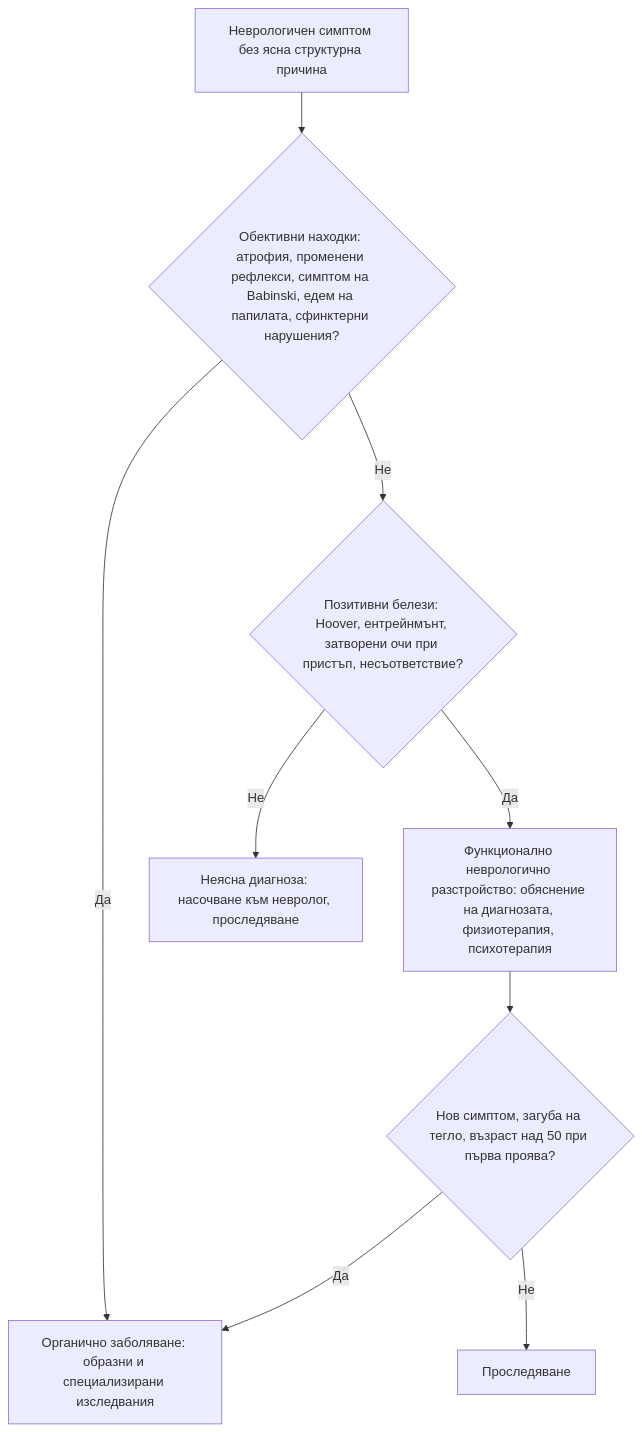
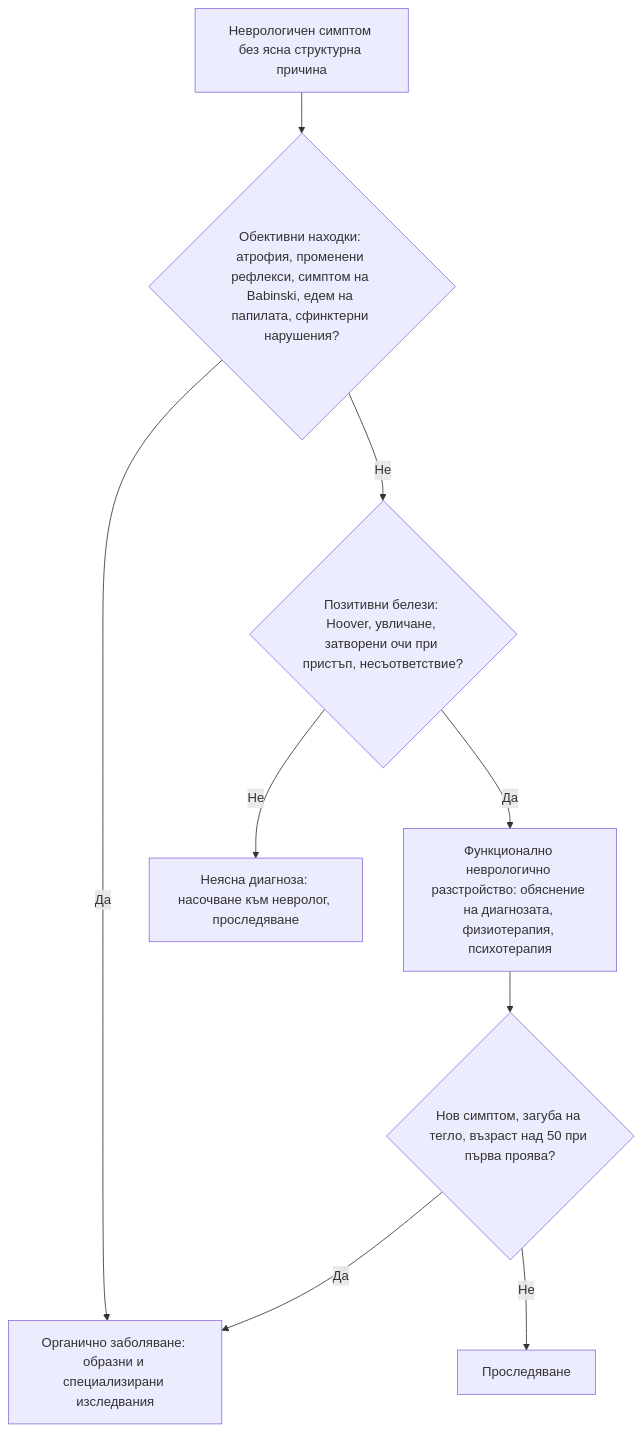
Before and after one commit to yancho26/yancho: the diagram in glavi/76-funktsionalni-veshtestva.md, drawn with Mermaid. The commit also changed other lines of this file and 43 other files, not shown here.

````diff
--- a/glavi/76-funktsionalni-veshtestva.md
+++ b/glavi/76-funktsionalni-veshtestva.md
@@ -192,13 +192,13 @@
 ```mermaid
 flowchart TD
     accTitle: Диагностичен алгоритъм при подозрение за функционален неврологичен симптом
-    accDescr: Блок-схема. Начало: Неврологичен симптом без ясна структурна причина. Въпроси: Обективни находки: атрофия, променени рефлекси, симптом на Babinski, едем на папилата, сфинктерни нарушения? · Позитивни белези: Hoover, ентрейнмънт, затворени очи при пристъп, несъответствие? · Нов симптом, загуба на тегло, възраст над 50 при първа проява? Пълното текстово описание е под схемата.
+    accDescr: Блок-схема. Начало: Неврологичен симптом без ясна структурна причина. Въпроси: Обективни находки: атрофия, променени рефлекси, симптом на Babinski, едем на папилата, сфинктерни нарушения? · Позитивни белези: Hoover, увличане, затворени очи при пристъп, несъответствие? · Нов симптом, загуба на тегло, възраст над 50 при първа проява? Пълното текстово описание е под схемата.
     A["Неврологичен симптом без ясна структурна причина"] --> B{"Обективни находки: атрофия, променени рефлекси, симптом на Babinski, едем на папилата, сфинктерни нарушения?"}
     B -->|Да| C["Органично заболяване: образни и специализирани изследвания"]
-    B -->|Не| D{"Позитивни белези: Hoover, ентрейнмънт, затворени очи при пристъп, несъответствие?"}
+    B -->|Не| D{"Позитивни белези: Hoover, увличане, затворени очи при пристъп, несъответствие?"}
     D -->|Да| E["Функционално неврологично разстройство: обяснение на диагнозата, физиотерапия, психотерапия"]
     D -->|Не| F["Неясна диагноза: насочване към невролог, проследяване"]
     E --> G{"Нов симптом, загуба на тегло, възраст над 50 при първа проява?"}
     G -->|Да| C
     G -->|Не| H["Проследяване"]
 ```
````
